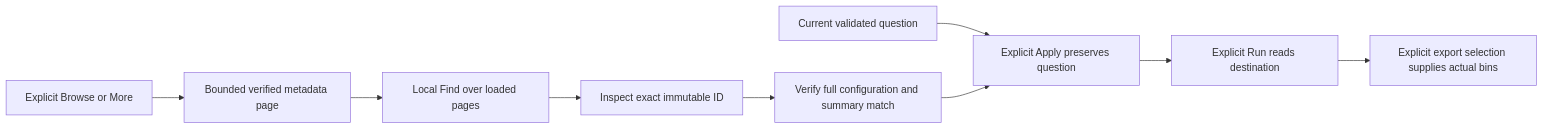
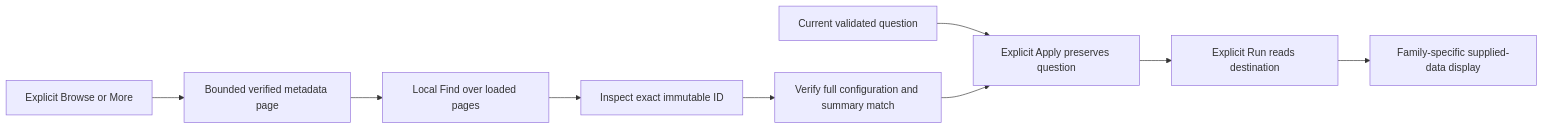
Before and after one commit to casselc/goo: the diagram in docs/NATIVE_VIEW_DISCOVERY.md, drawn with Mermaid. The commit also changed other lines of this file and 72 other files, not shown here.

````diff
--- a/docs/NATIVE_VIEW_DISCOVERY.md
+++ b/docs/NATIVE_VIEW_DISCOVERY.md
@@ -14,11 +14,11 @@
 ```mermaid
 flowchart LR
   B[Explicit Browse or More] --> M[Bounded verified metadata page]
   M --> F[Local Find over loaded pages]
   F --> I[Inspect exact immutable ID]
   I --> V[Verify full configuration and summary match]
   Q[Current validated question] --> A[Explicit Apply preserves question]
   V --> A
   A --> R[Explicit Run reads destination]
-  R --> S[Explicit export selection supplies actual bins]
+  R --> S[Family-specific supplied-data display]
 ```
````
